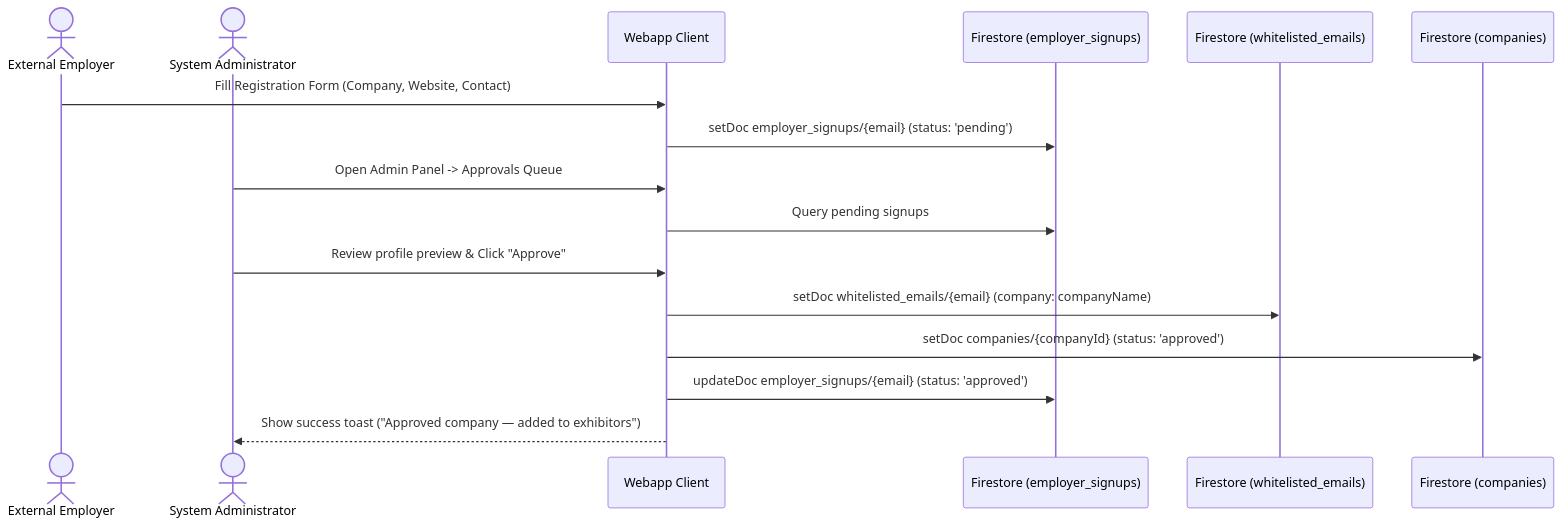
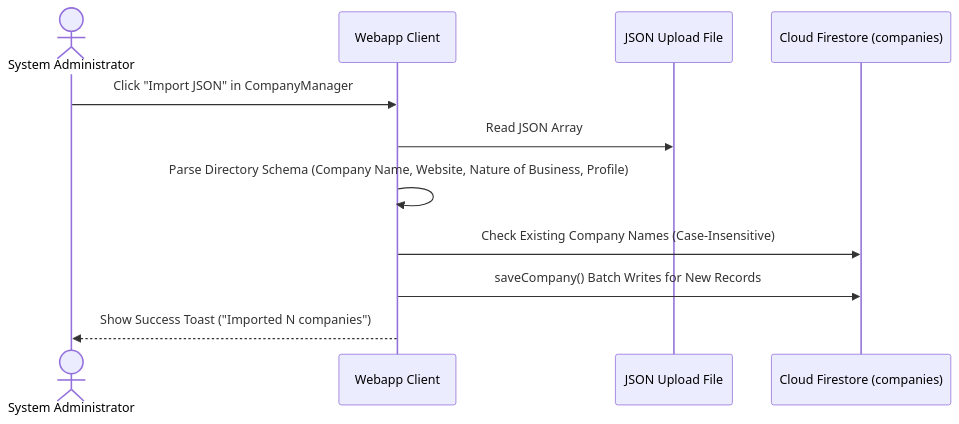
One commit to SooYM/QIU-Industry-Webapp changed the second of 4 diagrams in webapp/docs/FEATURE_MODULES_GUIDE.md. Above: the diagram before and after it, drawn with Mermaid. The commit also changed other lines of this file and 27 other files, not shown here.

Commit message:
docs: update comprehensive technical documentation for nature of business, bento activity pop-outs, Q&A zoom, and company JSON import

````diff
--- a/webapp/docs/FEATURE_MODULES_GUIDE.md
+++ b/webapp/docs/FEATURE_MODULES_GUIDE.md
@@ -114,19 +105,14 @@
 ```mermaid
 sequenceDiagram
-    actor Employer as External Employer
     actor Admin as System Administrator
     participant Portal as Webapp Client
-    participant SignupsDB as Firestore (employer_signups)
-    participant WhitelistDB as Firestore (whitelisted_emails)
-    participant CompaniesDB as Firestore (companies)
+    participant File as JSON Upload File
+    participant Firestore as Cloud Firestore (companies)
 
-    Employer->>Portal: Fill Registration Form (Company, Website, Contact)
-    Portal->>SignupsDB: setDoc employer_signups/{email} (status: 'pending')
-    Admin->>Portal: Open Admin Panel -> Approvals Queue
-    Portal->>SignupsDB: Query pending signups
-    Admin->>Portal: Review profile preview & Click "Approve"
-    Portal->>WhitelistDB: setDoc whitelisted_emails/{email} (company: companyName)
-    Portal->>CompaniesDB: setDoc companies/{companyId} (status: 'approved')
-    Portal->>SignupsDB: updateDoc employer_signups/{email} (status: 'approved')
-    Portal-->>Admin: Show success toast ("Approved company — added to exhibitors")
+    Admin->>Portal: Click "Import JSON" in CompanyManager
+    Portal->>File: Read JSON Array
+    Portal->>Portal: Parse Directory Schema (Company Name, Website, Nature of Business, Profile)
+    Portal->>Firestore: Check Existing Company Names (Case-Insensitive)
+    Portal->>Firestore: saveCompany() Batch Writes for New Records
+    Portal-->>Admin: Show Success Toast ("Imported N companies")
 ```
````
